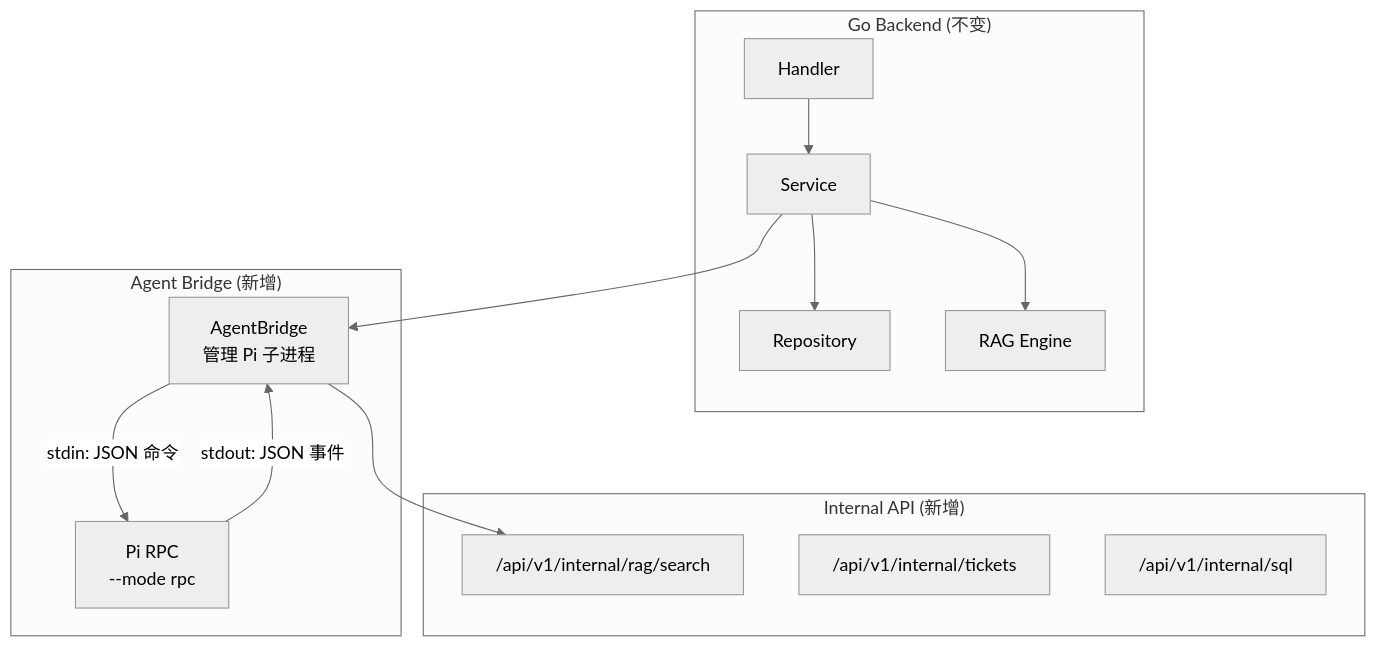
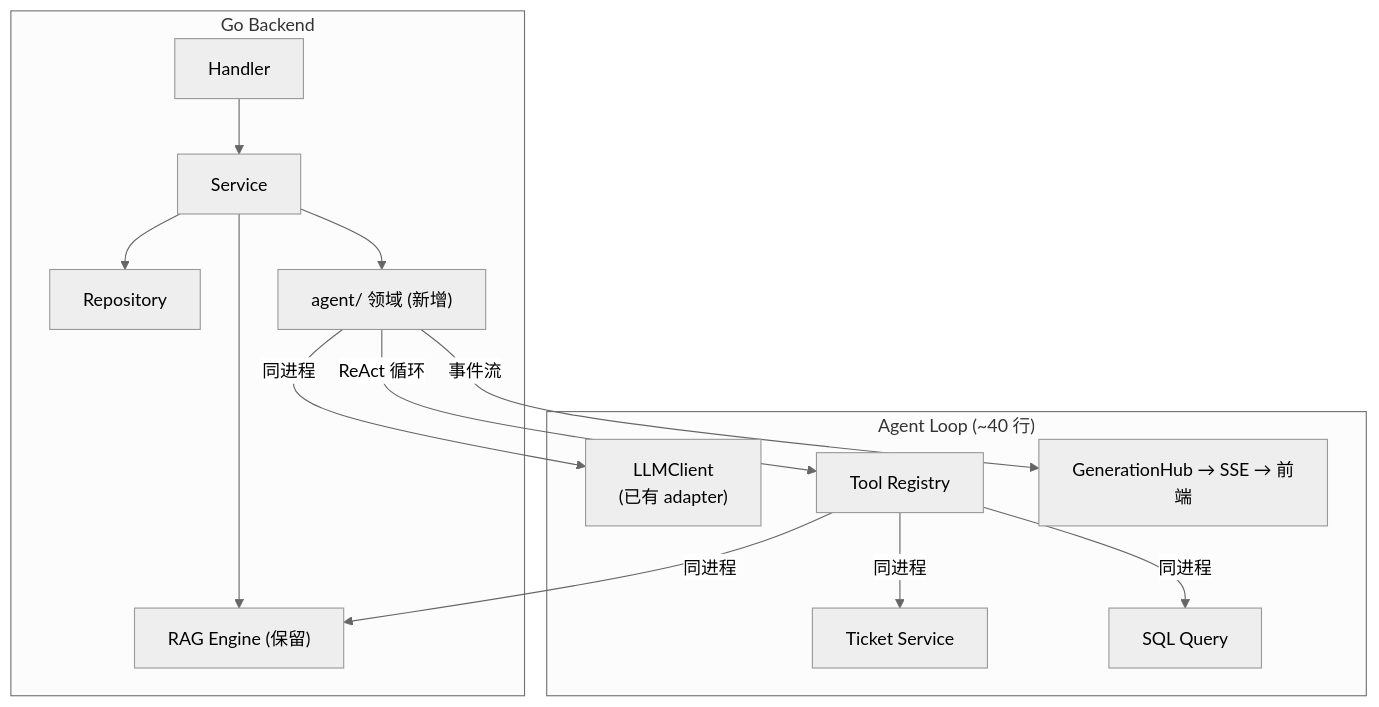
The fourth of 9 diagrams in docs/ROADMAP.md (int2t05/Cognik), drawn with Mermaid (neutral theme) before and after one commit. The commit also changed other lines of this file, not shown here.

First line of the commit message:
docs: ROADMAP V1.2 标记已交付 + V1.3/V1.4 规划更新

````diff
--- a/docs/ROADMAP.md
+++ b/docs/ROADMAP.md
@@ -185,19 +189,16 @@
 ```mermaid
 flowchart TB
-    subgraph Go["Go Backend (不变)"]
+    subgraph Go["Go Backend"]
         H["Handler"] --> S["Service"] --> R["Repository"]
-        S --> RAG["RAG Engine"]
+        S --> RAG["RAG Engine (保留)"]
+        S --> AG["agent/ 领域 (新增)"]
     end
-    subgraph Bridge["Agent Bridge (新增)"]
-        AB["AgentBridge<br/>管理 Pi 子进程"]
-        AB -->|"stdin: JSON 命令"| PI["Pi RPC<br/>--mode rpc"]
-        PI -->|"stdout: JSON 事件"| AB
+    subgraph AgentLoop["Agent Loop (~40 行)"]
+        AG -->|"同进程"| LLM["LLMClient<br/>(已有 adapter)"]
+        AG -->|"ReAct 循环"| TOOLS["Tool Registry"]
+        TOOLS -->|"同进程"| RAG
+        TOOLS -->|"同进程"| TK["Ticket Service"]
+        TOOLS -->|"同进程"| SQL["SQL Query"]
+        AG -->|"事件流"| SSE["GenerationHub → SSE → 前端"]
     end
-    subgraph Internal["Internal API (新增)"]
-        IA["/api/v1/internal/rag/search"]
-        IB["/api/v1/internal/tickets"]
-        IC["/api/v1/internal/sql"]
-    end
-    S --> AB
-    AB --> IA
 ```
````
